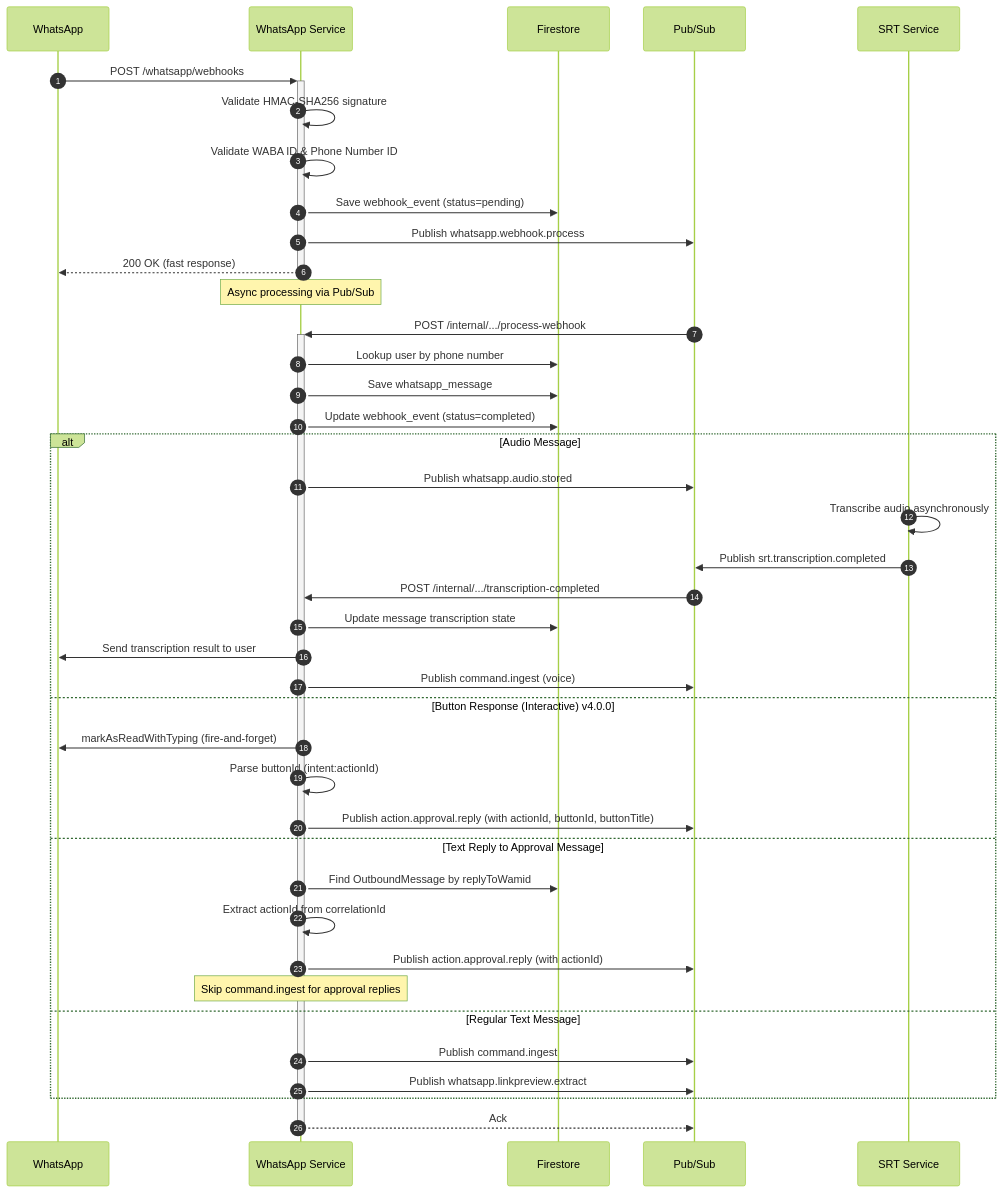
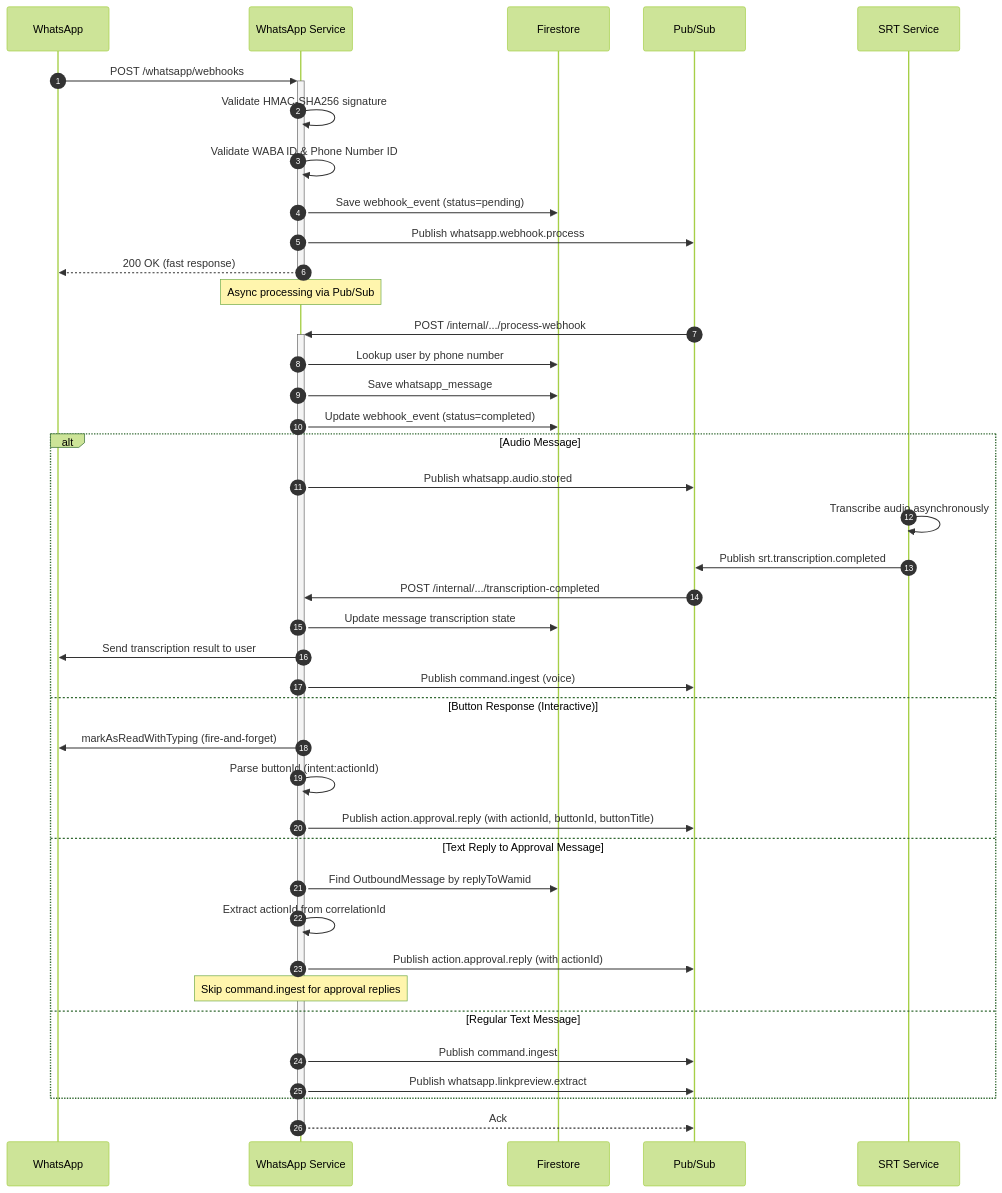
Before and after one commit to pbuchman/intexuraos: the second of 3 diagrams in docs/services/whatsapp-service/technical.md, drawn with Mermaid (forest theme). The commit also changed other lines of this file and 85 other files, not shown here.

````diff
--- a/docs/services/whatsapp-service/technical.md
+++ b/docs/services/whatsapp-service/technical.md
@@ -37,47 +37,47 @@
 ```mermaid
 sequenceDiagram
     autonumber
     participant WA as WhatsApp
     participant WS as WhatsApp Service
     participant FS as Firestore
     participant PS as Pub/Sub
     participant SRT as SRT Service
 
     WA->>+WS: POST /whatsapp/webhooks
     WS->>WS: Validate HMAC-SHA256 signature
     WS->>WS: Validate WABA ID & Phone Number ID
     WS->>FS: Save webhook_event (status=pending)
     WS->>PS: Publish whatsapp.webhook.process
     WS-->>-WA: 200 OK (fast response)
 
     Note over WS: Async processing via Pub/Sub
 
     PS->>+WS: POST /internal/.../process-webhook
     WS->>FS: Lookup user by phone number
     WS->>FS: Save whatsapp_message
     WS->>FS: Update webhook_event (status=completed)
 
     alt Audio Message
         WS->>PS: Publish whatsapp.audio.stored
         SRT->>SRT: Transcribe audio asynchronously
         SRT->>PS: Publish srt.transcription.completed
         PS->>WS: POST /internal/.../transcription-completed
         WS->>FS: Update message transcription state
         WS->>WA: Send transcription result to user
         WS->>PS: Publish command.ingest (voice)
-    else Button Response (Interactive) v4.0.0
+    else Button Response (Interactive)
         WS->>WA: markAsReadWithTyping (fire-and-forget)
         WS->>WS: Parse buttonId (intent:actionId)
         WS->>PS: Publish action.approval.reply (with actionId, buttonId, buttonTitle)
     else Text Reply to Approval Message
         WS->>FS: Find OutboundMessage by replyToWamid
         WS->>WS: Extract actionId from correlationId
         WS->>PS: Publish action.approval.reply (with actionId)
         Note over WS: Skip command.ingest for approval replies
     else Regular Text Message
         WS->>PS: Publish command.ingest
         WS->>PS: Publish whatsapp.linkpreview.extract
     end
 
     WS-->>-PS: Ack
 ```
````
